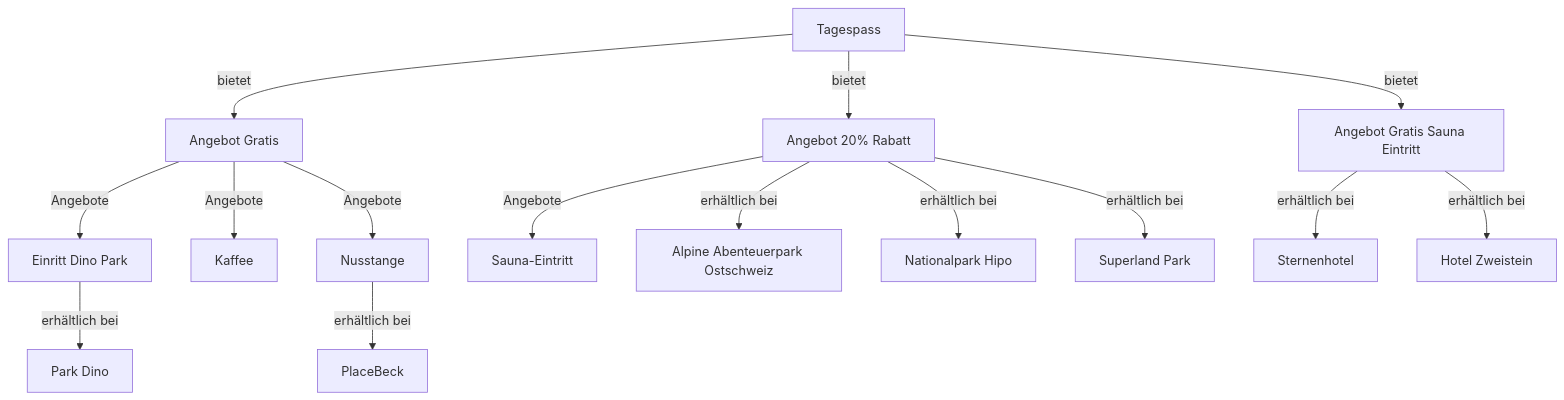
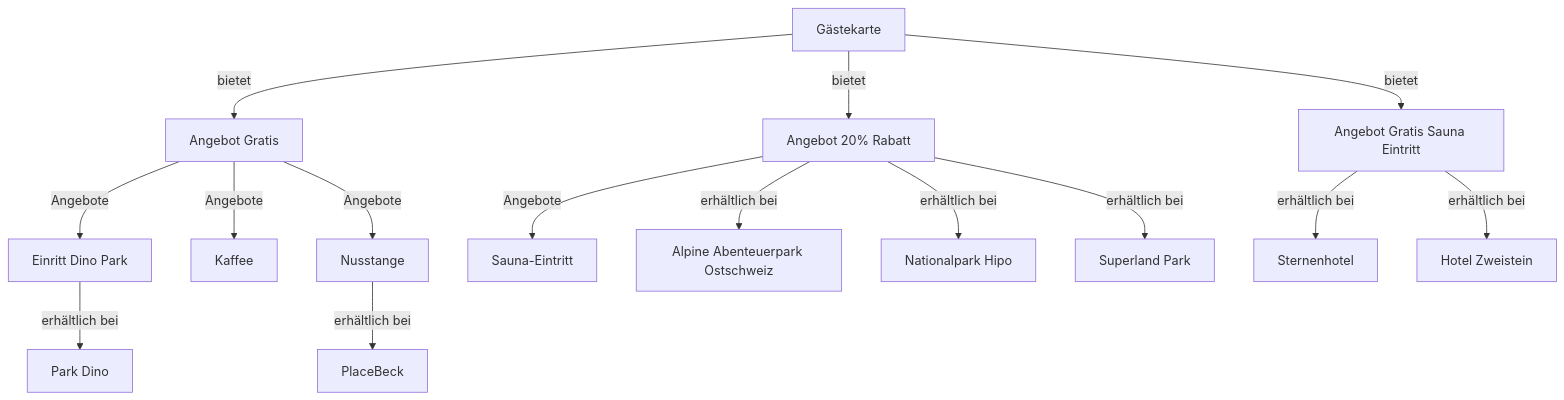
One commit to tsolenthaler/docs.contentdesk.io changed the first of 2 diagrams in docs/dev/concepts/gaestekarte.md. Above: the diagram before and after it, drawn with Mermaid. The commit also changed other lines of this file, not shown here.

Commit message:
Refactor availableAtOrFrom references in gaestekarte.md and glarnerlandApp.md

````diff
--- a/docs/dev/concepts/gaestekarte.md
+++ b/docs/dev/concepts/gaestekarte.md
@@ -14,23 +14,23 @@
 ``` mermaid
 graph TD
-    Product[Tagespass] -->|bietet|OfferGratis[Angebot Gratis]
-    Product[Tagespass] -->|bietet|Offer20Rabatt[Angebot 20% Rabatt]
-    Product[Tagespass] -->|bietet|OfferSauna[Angebot Gratis Sauna Eintritt]
+    Product[Gästekarte] -->|bietet|OfferGratis[Angebot Gratis]
+    Product -->|bietet|Offer20Rabatt[Angebot 20% Rabatt]
+    Product -->|bietet|OfferSauna[Angebot Gratis Sauna Eintritt]
 
     OfferGratis -->|Angebote| OfferDinoPark["Einritt Dino Park"]
     OfferGratis -->|Angebote| ProductKaffee["Kaffee"]
     OfferGratis -->|Angebote| ProductNusstange["Nusstange"]
 
     OfferDinoPark -->|erhältlich bei| PlaceDinoPark[Park Dino]
 
     ProductNusstange -->|erhältlich bei|PlaceBeck
 
     Offer20Rabatt -->|Angebote| ServiceB["Sauna-Eintritt"]
 
     Offer20Rabatt -->|erhältlich bei| PlaceOstPark[Alpine Abenteuerpark Ostschweiz]
     Offer20Rabatt -->|erhältlich bei| PlaceHipo[Nationalpark Hipo]
     Offer20Rabatt -->|erhältlich bei| PlaceSuperland[Superland Park]
 
     OfferSauna -->|erhältlich bei| PlaceHotelC[Sternenhotel]
     OfferSauna -->|erhältlich bei| PlaceHotelB[Hotel Zweistein]
 ```
````
